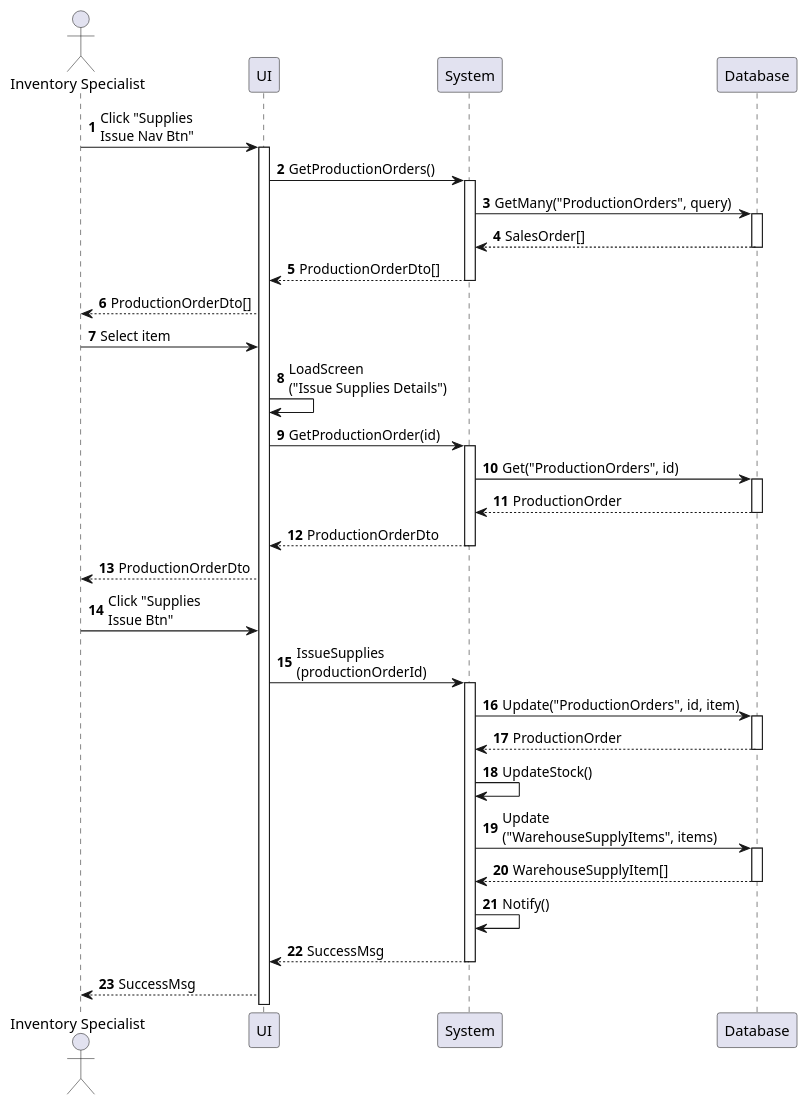
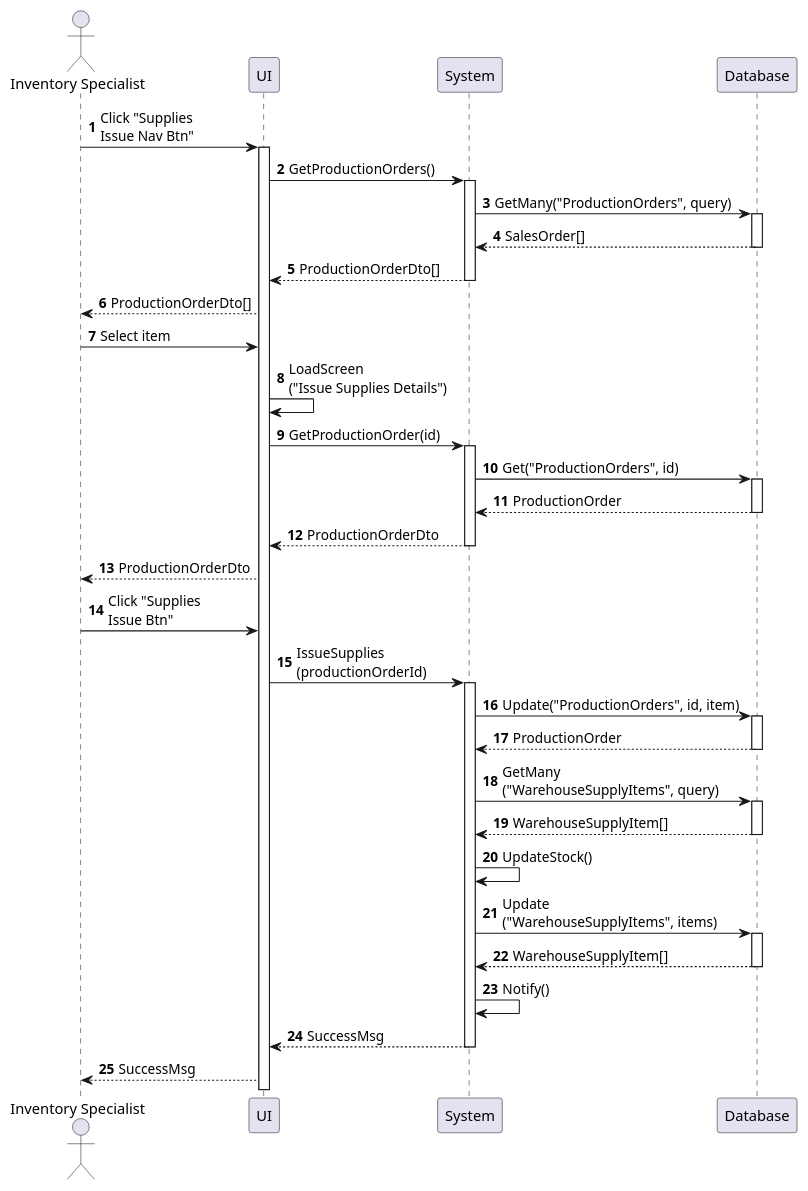
The diagram in sequences/inventory-supply-issue.plantuml (phihungha/scmss-reqs), drawn with PlantUML before and after one commit. The commit also changed 7 other files, not shown here.

Commit message:
Get warehouse items to update

```diff
--- a/sequences/inventory-supply-issue.plantuml
+++ b/sequences/inventory-supply-issue.plantuml
@@ -1,40 +1,43 @@
 @startuml inventory-supply-issue
 autonumber
 
 actor "Inventory Specialist" as a
 participant UI as f
 participant System as b
 participant Database as d
 
 a -> f : Click "Supplies\nIssue Nav Btn"
 activate f
 f -> b : GetProductionOrders()
 activate b
 b -> d : GetMany("ProductionOrders", query)
 activate d
 return SalesOrder[]
 return ProductionOrderDto[]
 f --> a : ProductionOrderDto[]
 a -> f : Select item
 f -> f : LoadScreen\n("Issue Supplies Details")
 f -> b : GetProductionOrder(id)
 activate b
 b -> d : Get("ProductionOrders", id)
 activate d
 return ProductionOrder
 return ProductionOrderDto
 f --> a : ProductionOrderDto
 a -> f : Click "Supplies\nIssue Btn"
 f -> b : IssueSupplies\n(productionOrderId)
 activate b
 b -> d : Update("ProductionOrders", id, item)
 activate d
 return ProductionOrder
+b -> d : GetMany\n("WarehouseSupplyItems", query)
+activate d
+return WarehouseSupplyItem[]
 b -> b : UpdateStock()
 b -> d : Update\n("WarehouseSupplyItems", items)
 activate d
 return WarehouseSupplyItem[]
 b -> b : Notify()
 return SuccessMsg
 f --> a : SuccessMsg
 @enduml
```
